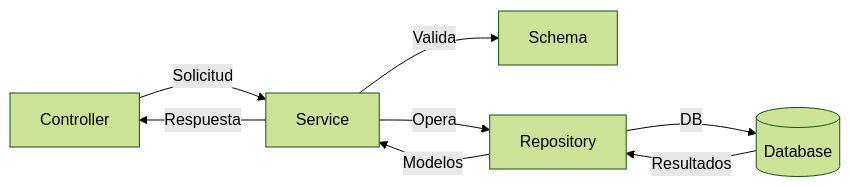
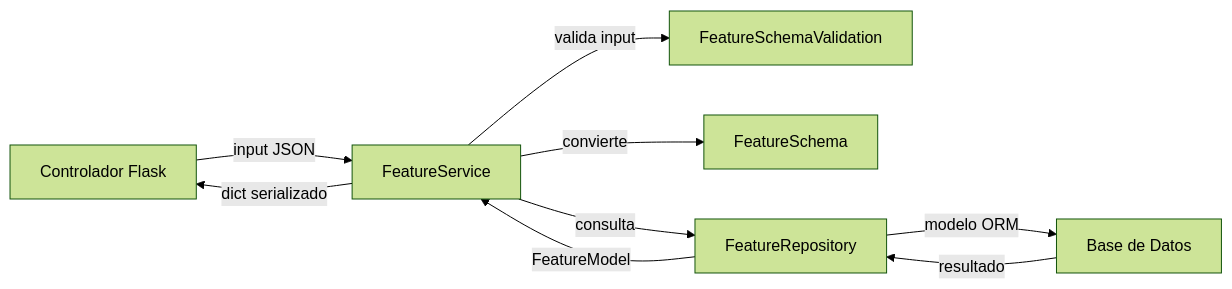
One commit to KenethUrrutia/WEB_APP_DOCS changed the diagram in API FLASK PYTHON MARIADB/02 Arquitectura/04.7. feature_service.py.md. Above: the diagram before and after it, drawn with Mermaid (forest theme). The commit also changed other lines of this file and 14 other files, not shown here.

````diff
--- a/API FLASK PYTHON MARIADB/02 Arquitectura/04.7. feature_service.py.md
+++ b/API FLASK PYTHON MARIADB/02 Arquitectura/04.7. feature_service.py.md
@@ -147,10 +140,11 @@
-```mermaid  
-graph LR  
-    A[Controller] -->|Solicitud| B[Service]  
-    B -->|Valida| C[Schema]  
-    B -->|Opera| D[Repository]  
-    D -->|DB| E[(Database)]  
-    E -->|Resultados| D  
-    D -->|Modelos| B  
-    B -->|Respuesta| A  
-```  
+```mermaid
+graph LR
+    A[Controlador Flask] -->|input JSON| B[FeatureService]
+    B -->|valida input| C[FeatureSchemaValidation]
+    B -->|convierte| D[FeatureSchema]
+    B -->|consulta| E[FeatureRepository]
+    E -->|modelo ORM| F[Base de Datos]
+    F -->|resultado| E
+    E -->|FeatureModel| B
+    B -->|dict serializado| A
+```
````
